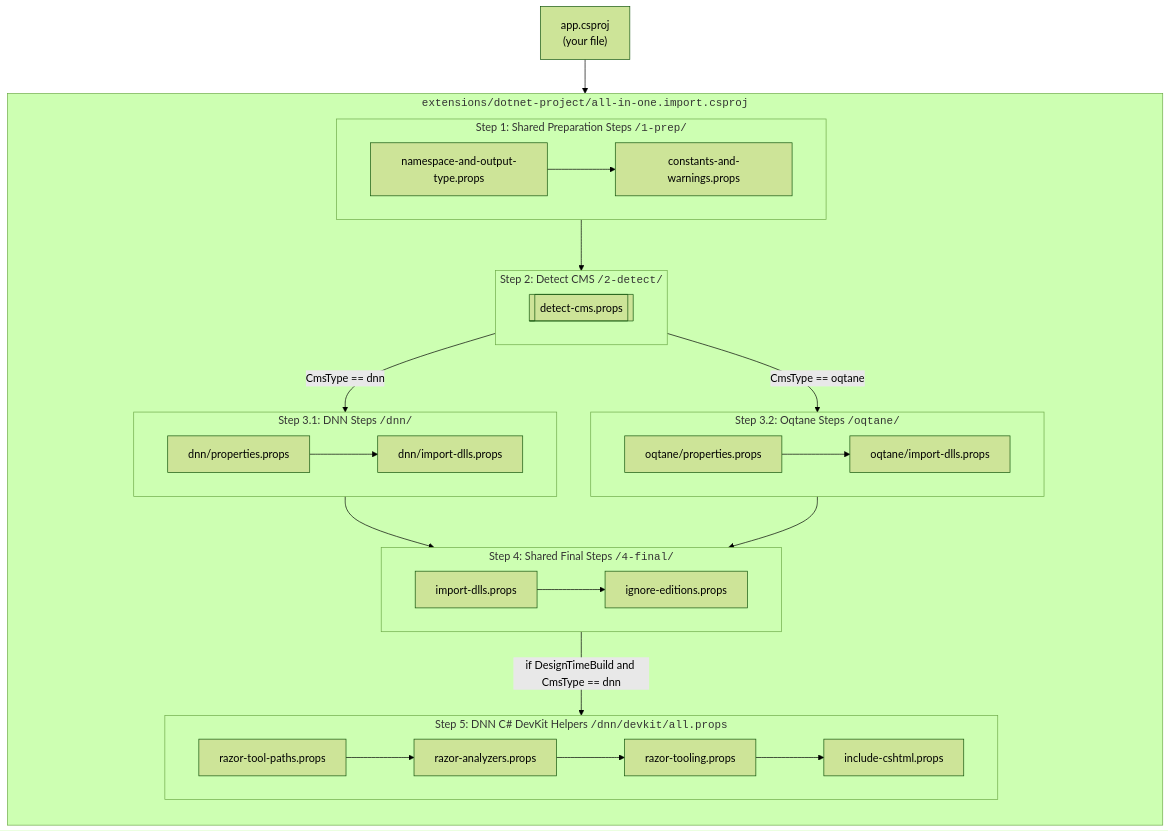
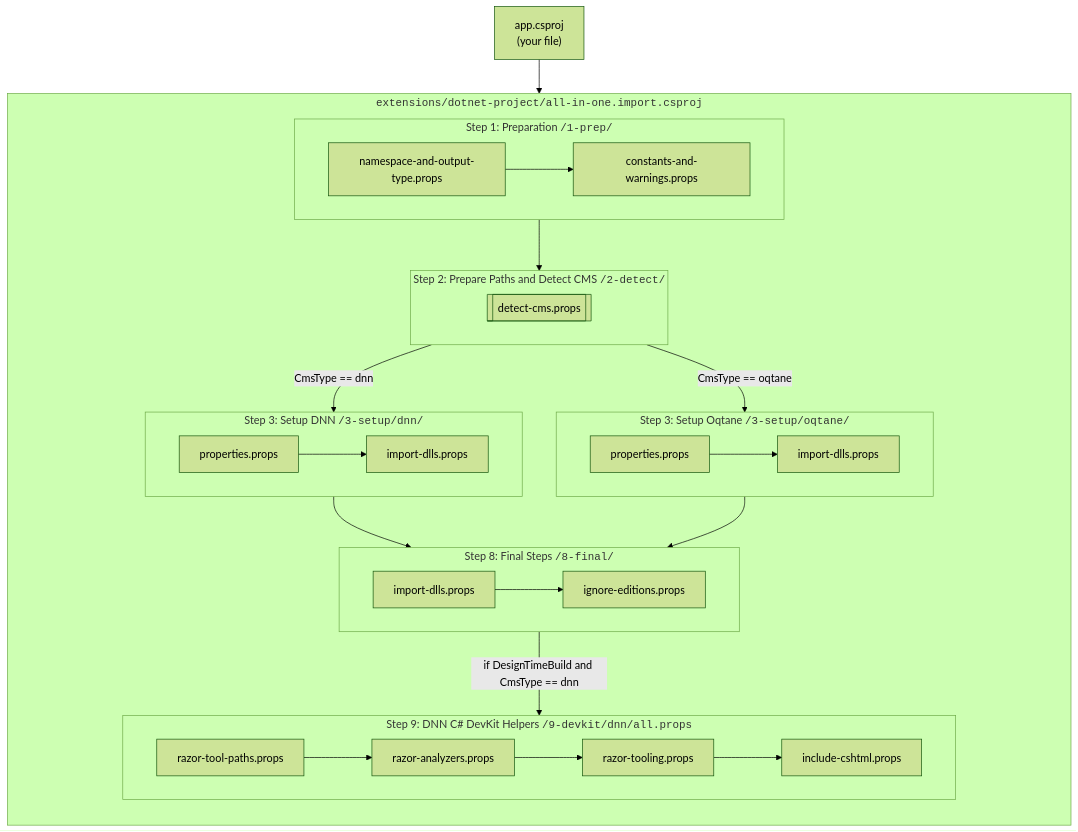
The first of 3 diagrams in readme.md (2sxc-apps/app-extension-dotnet-project), drawn with Mermaid (forest theme) before and after one commit. The commit also changed 15 other files, not shown here.

Commit message:
reorg files to match flow

````diff
--- a/readme.md
+++ b/readme.md
@@ -186,62 +186,65 @@
 ```mermaid
 flowchart TB
  subgraph allInOne["<code>extensions/dotnet-project/all-in-one.import.csproj</code>"]
     direction TD
         prep["prep"]
         cmsDetect["cmsDetect"]
         dnn["dnn"]
         oqtane["oqtane"]
         common["common"]
         dnnDevKit["dnnDevKit"]
   end
- subgraph prep["Step 1: Shared Preparation Steps <code>/1-prep/</code>"]
+ subgraph prep["Step 1: Preparation <code>/1-prep/</code>"]
     direction LR
         prepNs["namespace-and-output-type.props"] -->
         prepBuild["constants-and-warnings.props"]
   end
- subgraph cmsDetect["Step 2: Detect CMS <code>/2-detect/</code>"]
+ subgraph cmsDetect["Step 2: Prepare Paths and Detect CMS <code>/2-detect/</code>"]
     direction LR
         prepCMS["detect-cms.props"]
   end
- subgraph dnn["Step 3.1: DNN Steps  <code>/dnn/</code>"]
+ subgraph dnn["Step 3: Setup DNN <code>/3-setup/dnn/</code>"]
     direction LR
-        dnnDlls["dnn/import-dlls.props"]
-        dnnProps["dnn/properties.props"]
+        dnnDlls["import-dlls.props"]
+        dnnProps["properties.props"]
   end
- subgraph oqtane["Step 3.2: Oqtane Steps <code>/oqtane/</code>"]
+ subgraph oqtane["Step 3: Setup Oqtane <code>/3-setup/oqtane/</code>"]
     direction LR
-        oqtDlls["oqtane/import-dlls.props"]
-        oqtProps["oqtane/properties.props"]
+        oqtDlls["import-dlls.props"]
+        oqtProps["properties.props"]
   end
- subgraph common["Step 4: Shared Final Steps <code>/4-final/</code>"]
+ subgraph common["Step 8: Final Steps <code>/8-final/</code>"]
     direction LR
         commonEditions["ignore-editions.props"]
         commonDlls["import-dlls.props"]
   end
- subgraph dnnDevKit["Step 5: DNN C# DevKit Helpers <code>/dnn/devkit/all.props</code>"]
+ subgraph dnnDevKit["Step 9: DNN C# DevKit Helpers <code>/9-devkit/dnn/all.props</code>"]
     direction LR
         DTPATHS["razor-tool-paths.props"]
         DTAN["razor-analyzers.props"]
         DTTOOLS["razor-tooling.props"]
         DTCSHTML["include-cshtml.props"]
   end
     dnnProps --> dnnDlls
     oqtProps --> oqtDlls
     commonDlls --> commonEditions
     APP["app.csproj<br>(your file)"] --> allInOne
     prep --> cmsDetect
     cmsDetect -- "CmsType == oqtane" --> oqtane
     cmsDetect -- "CmsType == dnn" --> dnn
     dnn --> common
     oqtane --> common
     common -- "if DesignTimeBuild and CmsType == dnn" --> dnnDevKit
     DTPATHS --> DTAN
     DTAN --> DTTOOLS
     DTTOOLS --> DTCSHTML
 
     prepCMS@{ shape: subproc}
      dnnDevKit:::noWrap
      allInOne:::noWrap
      prep:::noWrap
+     cmsDetect:::noWrap
+     dnn:::noWrap
+     oqtane:::noWrap
     classDef noWrap white-space:nowrap
 ```
````
